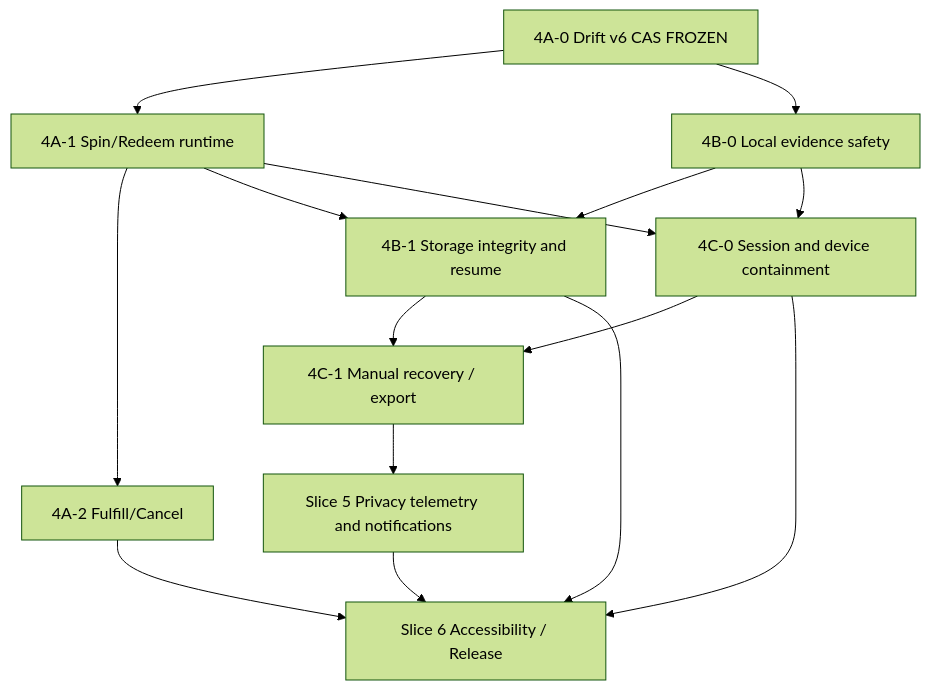
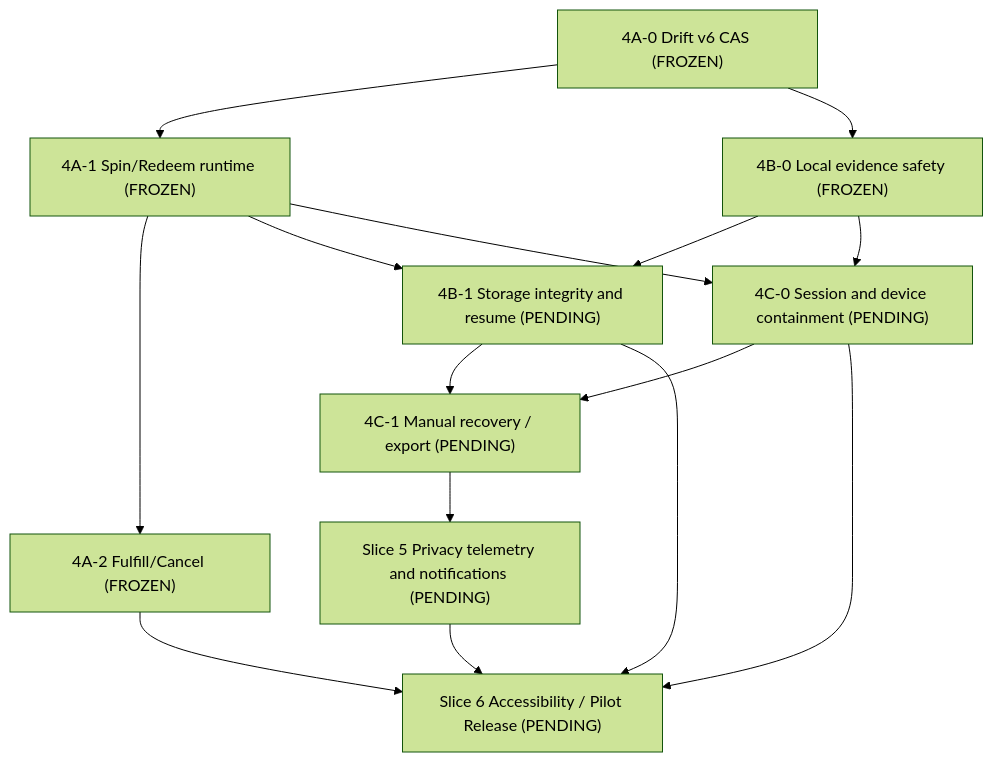
The diagram in docs/21-phase-6-master-delivery-and-pilot-gates.md (thedusk4203/LearnWard), drawn with Mermaid (forest theme) before and after one commit. The commit also changed other lines of this file and 1 other file, not shown here.

First line of the commit message:
docs(phase-6): record Slice 4A-2 adult fulfill/cancel reliability freeze receipt (#30)

````diff
--- a/docs/21-phase-6-master-delivery-and-pilot-gates.md
+++ b/docs/21-phase-6-master-delivery-and-pilot-gates.md
@@ -101,17 +96,17 @@
 ```mermaid
 flowchart TD
- A[4A-0 Drift v6 CAS FROZEN] --> B[4A-1 Spin/Redeem runtime]
- B --> C[4A-2 Fulfill/Cancel]
- A --> D[4B-0 Local evidence safety]
- D --> E[4B-1 Storage integrity and resume]
+ A["4A-0 Drift v6 CAS (FROZEN)"] --> B["4A-1 Spin/Redeem runtime (FROZEN)"]
+ B --> C["4A-2 Fulfill/Cancel (FROZEN)"]
+ A --> D["4B-0 Local evidence safety (FROZEN)"]
+ D --> E["4B-1 Storage integrity and resume (PENDING)"]
  B --> E
- B --> F[4C-0 Session and device containment]
+ B --> F["4C-0 Session and device containment (PENDING)"]
  D --> F
- E --> G[4C-1 Manual recovery / export]
+ E --> G["4C-1 Manual recovery / export (PENDING)"]
  F --> G
- G --> H[Slice 5 Privacy telemetry and notifications]
- H --> I[Slice 6 Accessibility / Release]
+ G --> H["Slice 5 Privacy telemetry and notifications (PENDING)"]
+ H --> I["Slice 6 Accessibility / Pilot Release (PENDING)"]
  C --> I
  E --> I
  F --> I
 ```
````
